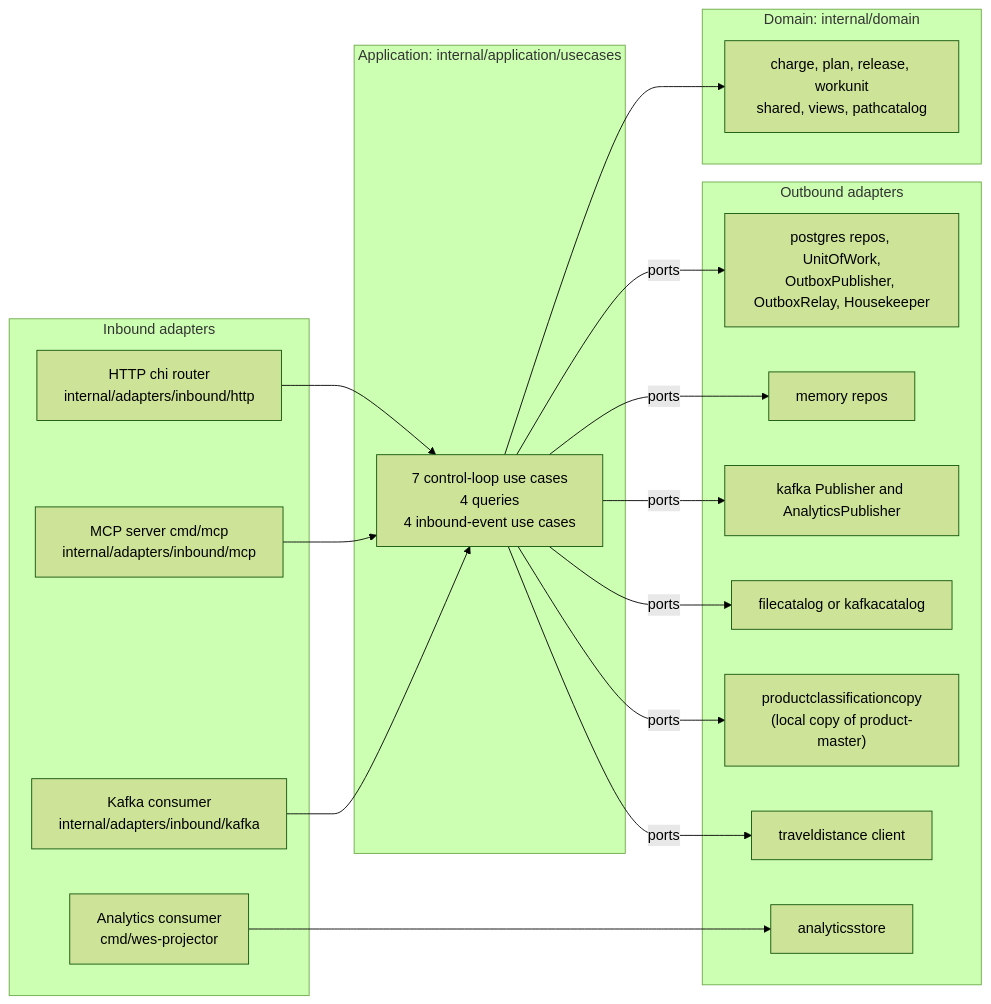
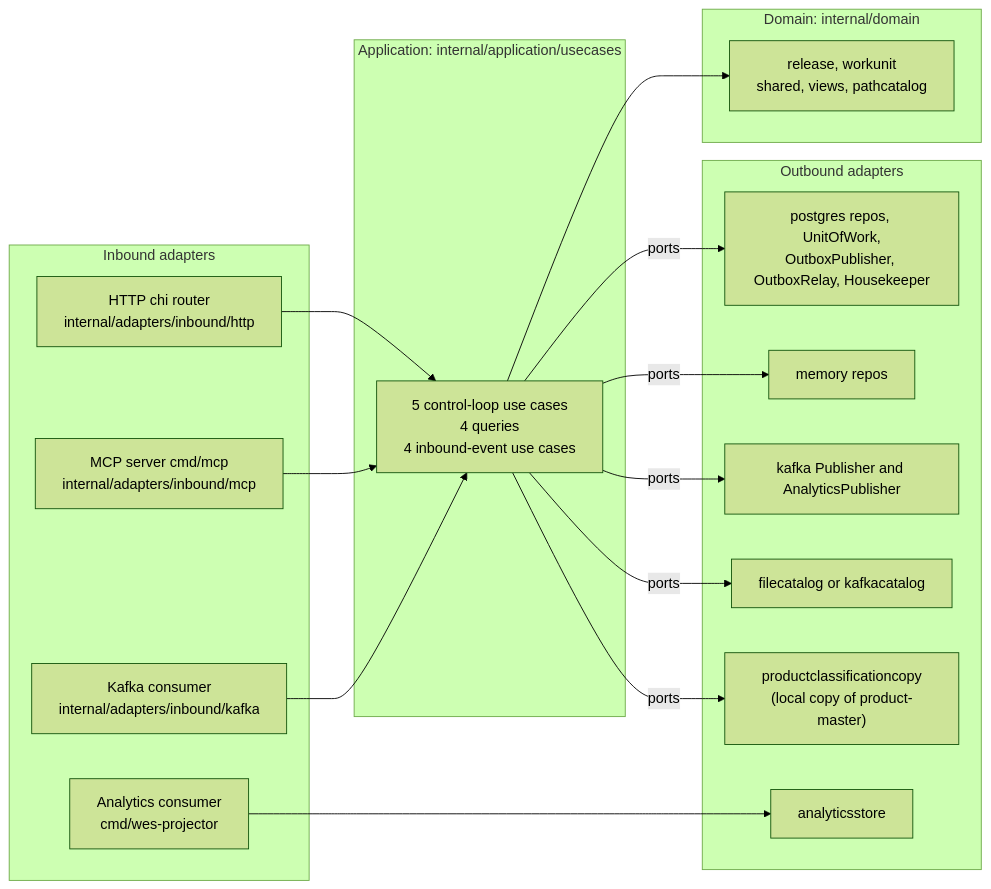
The fifth of 5 diagrams in docs/docs/ddd/class-diagram.md (IQVO/wes-work-planning), drawn with Mermaid (forest theme) before and after one commit. The commit also changed other lines of this file and 10 other files, not shown here.

````diff
--- a/docs/docs/ddd/class-diagram.md
+++ b/docs/docs/ddd/class-diagram.md
@@ -444,35 +351,33 @@
 ```mermaid
 flowchart LR
     subgraph inbound["Inbound adapters"]
         HTTP["HTTP chi router<br/>internal/adapters/inbound/http"]
         MCP["MCP server cmd/mcp<br/>internal/adapters/inbound/mcp"]
         KIN["Kafka consumer<br/>internal/adapters/inbound/kafka"]
         AKIN["Analytics consumer<br/>cmd/wes-projector"]
     end
     subgraph app["Application: internal/application/usecases"]
-        UC["7 control-loop use cases<br/>4 queries<br/>4 inbound-event use cases"]
+        UC["5 control-loop use cases<br/>4 queries<br/>4 inbound-event use cases"]
     end
     subgraph domain["Domain: internal/domain"]
-        D["charge, plan, release, workunit<br/>shared, views, pathcatalog"]
+        D["release, workunit<br/>shared, views, pathcatalog"]
     end
     subgraph outbound["Outbound adapters"]
         PG["postgres repos, UnitOfWork,<br/>OutboxPublisher, OutboxRelay, Housekeeper"]
         MEM["memory repos"]
         KOUT["kafka Publisher and AnalyticsPublisher"]
         CAT["filecatalog or kafkacatalog"]
         PC["productclassificationcopy<br/>(local copy of product-master)"]
-        TD["traveldistance client"]
         AS["analyticsstore"]
     end
     HTTP --> UC
     MCP --> UC
     KIN --> UC
     AKIN --> AS
     UC --> D
     UC -->|ports| PG
     UC -->|ports| MEM
     UC -->|ports| KOUT
     UC -->|ports| CAT
     UC -->|ports| PC
-    UC -->|ports| TD
 ```
````
